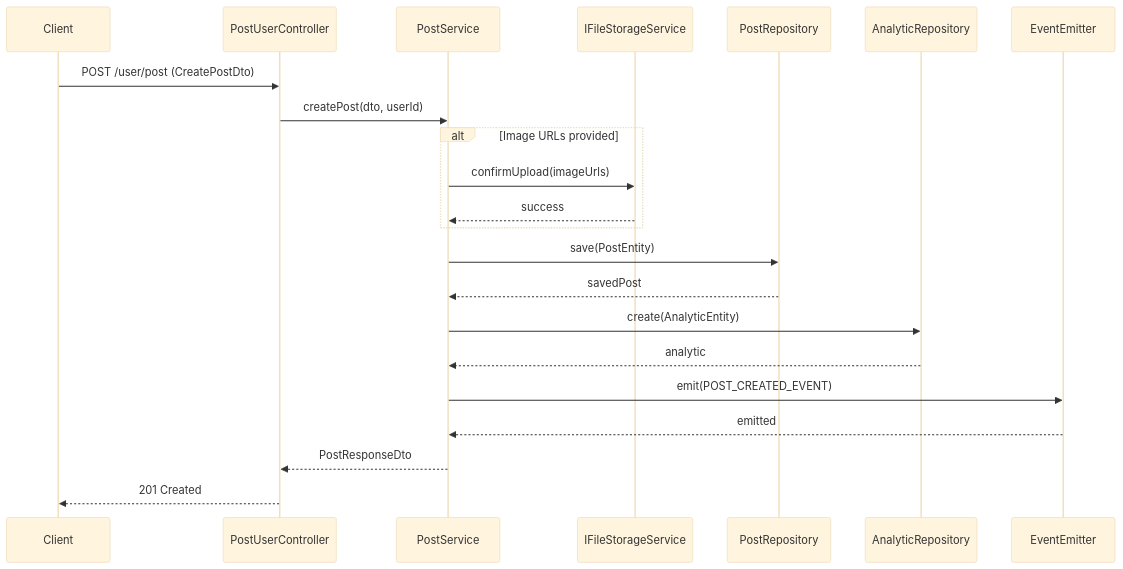
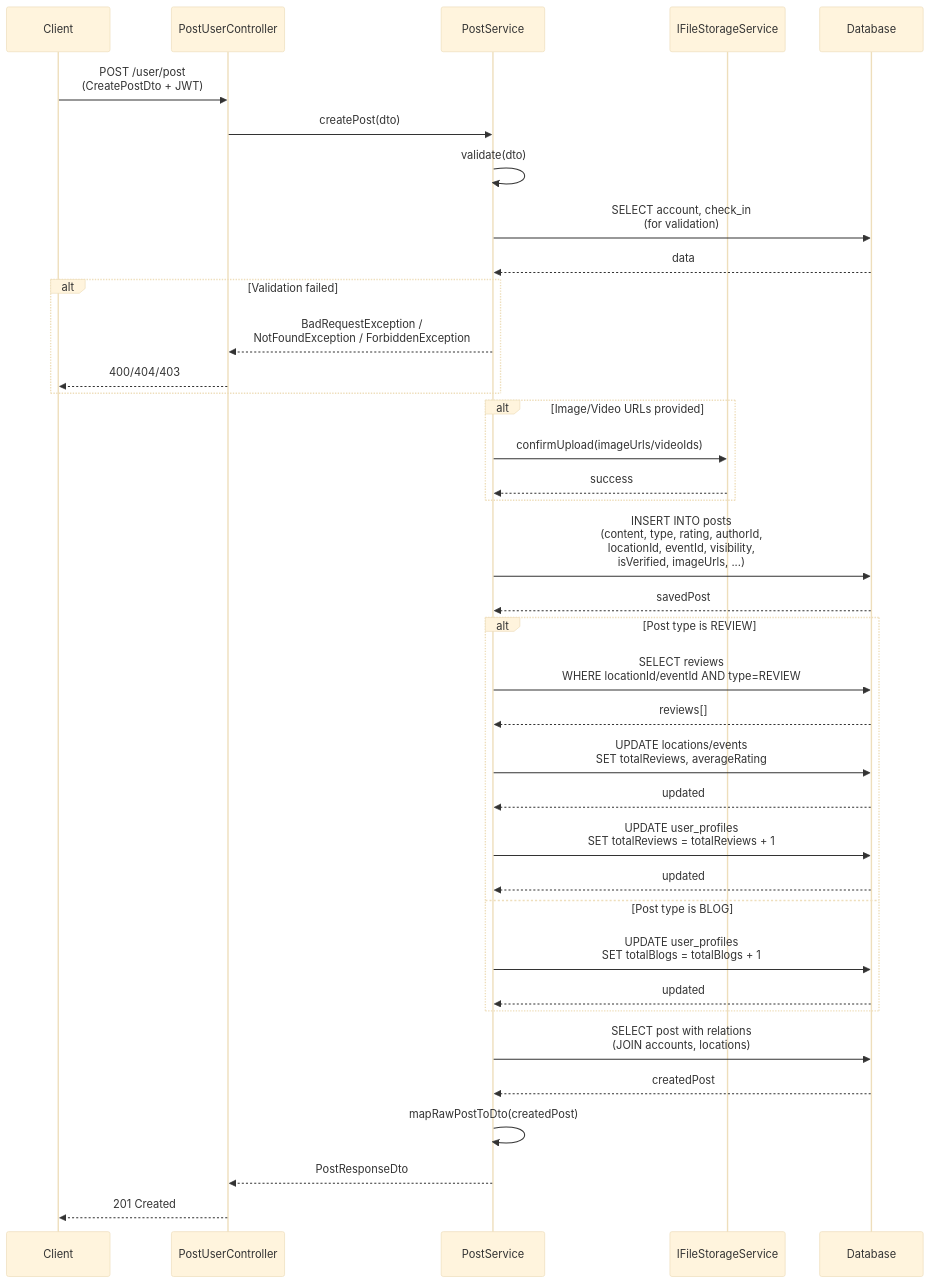
Before and after one commit to UrbanLens-2025/urban-lens_server: the first of 7 diagrams in docs/diagrams/sequence-diagrams.md, drawn with Mermaid (base theme). The commit also changed other lines of this file and 20 other files, not shown here.

````diff
--- a/docs/diagrams/sequence-diagrams.md
+++ b/docs/diagrams/sequence-diagrams.md
@@ -5,30 +5,48 @@
 ```mermaid
 sequenceDiagram
     participant Client
     participant PostController as PostUserController
     participant PostService
     participant FileStorageService as IFileStorageService
-    participant PostRepository
-    participant AnalyticRepository
-    participant EventEmitter
+    participant Database
 
-    Client->>PostController: POST /user/post (CreatePostDto)
-    PostController->>PostService: createPost(dto, userId)
+    Client->>PostController: POST /user/post<br/>(CreatePostDto + JWT)
+    PostController->>PostService: createPost(dto)
 
-    alt Image URLs provided
-        PostService->>FileStorageService: confirmUpload(imageUrls)
+    PostService->>PostService: validate(dto)
+    PostService->>Database: SELECT account, check_in<br/>(for validation)
+    Database-->>PostService: data
+
+    alt Validation failed
+        PostService-->>PostController: BadRequestException /<br/>NotFoundException / ForbiddenException
+        PostController-->>Client: 400/404/403
+    end
+
+    alt Image/Video URLs provided
+        PostService->>FileStorageService: confirmUpload(imageUrls/videoIds)
         FileStorageService-->>PostService: success
     end
 
-    PostService->>PostRepository: save(PostEntity)
-    PostRepository-->>PostService: savedPost
+    PostService->>Database: INSERT INTO posts<br/>(content, type, rating, authorId,<br/>locationId, eventId, visibility,<br/>isVerified, imageUrls, ...)
+    Database-->>PostService: savedPost
 
-    PostService->>AnalyticRepository: create(AnalyticEntity)
-    AnalyticRepository-->>PostService: analytic
+    alt Post type is REVIEW
+        PostService->>Database: SELECT reviews<br/>WHERE locationId/eventId AND type=REVIEW
+        Database-->>PostService: reviews[]
+        PostService->>Database: UPDATE locations/events<br/>SET totalReviews, averageRating
+        Database-->>PostService: updated
 
-    PostService->>EventEmitter: emit(POST_CREATED_EVENT)
-    EventEmitter-->>PostService: emitted
+        PostService->>Database: UPDATE user_profiles<br/>SET totalReviews = totalReviews + 1
+        Database-->>PostService: updated
+    else Post type is BLOG
+        PostService->>Database: UPDATE user_profiles<br/>SET totalBlogs = totalBlogs + 1
+        Database-->>PostService: updated
+    end
 
+    PostService->>Database: SELECT post with relations<br/>(JOIN accounts, locations)
+    Database-->>PostService: createdPost
+
+    PostService->>PostService: mapRawPostToDto(createdPost)
     PostService-->>PostController: PostResponseDto
     PostController-->>Client: 201 Created
 ```
````
